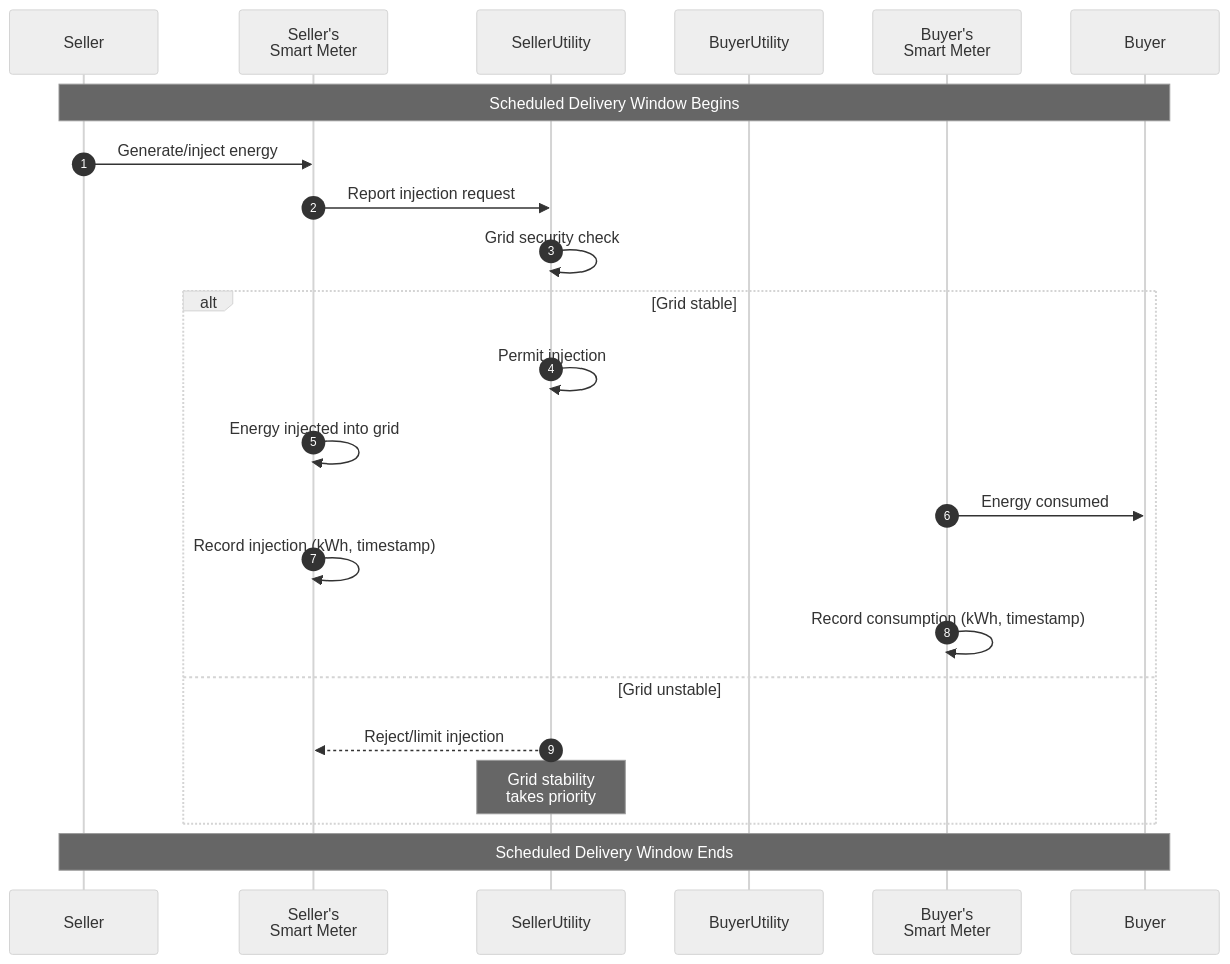
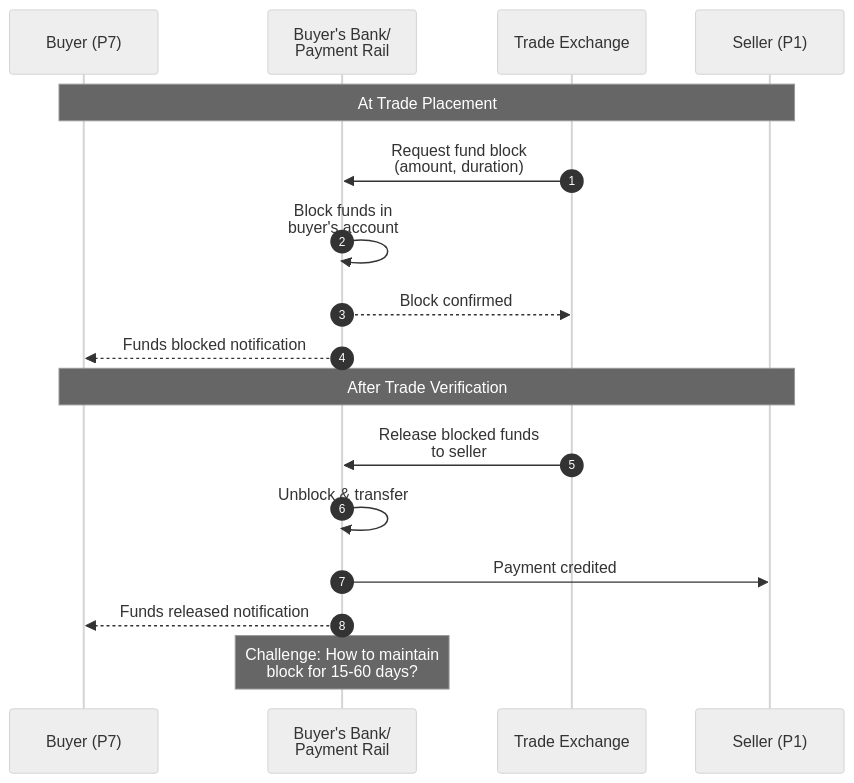
The sixth of 11 diagrams in docs/implementation-guides/v2/P2P_Trading/Inter_energy_retailer_P2P_trading_draft.md (beckn/DEG), drawn with Mermaid (neutral theme) before and after one commit. The commit also changed other lines of this file and 1 other file, not shown here.

````diff
--- a/docs/implementation-guides/v2/P2P_Trading/Inter_energy_retailer_P2P_trading_draft.md
+++ b/docs/implementation-guides/v2/P2P_Trading/Inter_energy_retailer_P2P_trading_draft.md
@@ -412,31 +297,22 @@
 ```mermaid
 sequenceDiagram
     autonumber
-    participant S as Seller
-    participant SM_S as Seller's<br/>Smart Meter
-    participant SellerUtility as SellerUtility
-    participant BuyerUtility as BuyerUtility
-    participant SM_B as Buyer's<br/>Smart Meter
-    participant B as Buyer
+    participant B as Buyer (P7)
+    participant Bank as Buyer's Bank/<br/>Payment Rail
+    participant TE as Trade Exchange
+    participant S as Seller (P1)
 
-    Note over S,B: Scheduled Delivery Window Begins
+    Note over B,S: At Trade Placement
+    TE->>Bank: Request fund block<br/>(amount, duration)
+    Bank->>Bank: Block funds in<br/>buyer's account
+    Bank-->>TE: Block confirmed
+    Bank-->>B: Funds blocked notification
 
-    S->>SM_S: Generate/inject energy
-    SM_S->>SellerUtility: Report injection request
+    Note over B,S: After Trade Verification
+    TE->>Bank: Release blocked funds<br/>to seller
+    Bank->>Bank: Unblock & transfer
+    Bank->>S: Payment credited
+    Bank-->>B: Funds released notification
 
-    SellerUtility->>SellerUtility: Grid security check
-    alt Grid stable
-        SellerUtility->>SellerUtility: Permit injection
-        SM_S->>SM_S: Energy injected into grid
-
-        SM_B->>B: Energy consumed
-
-        SM_S->>SM_S: Record injection (kWh, timestamp)
-        SM_B->>SM_B: Record consumption (kWh, timestamp)
-    else Grid unstable
-        SellerUtility-->>SM_S: Reject/limit injection
-        Note over SellerUtility: Grid stability<br/>takes priority
-    end
-
-    Note over S,B: Scheduled Delivery Window Ends
+    Note over Bank: Challenge: How to maintain<br/>block for 15-60 days?
 ```
````
